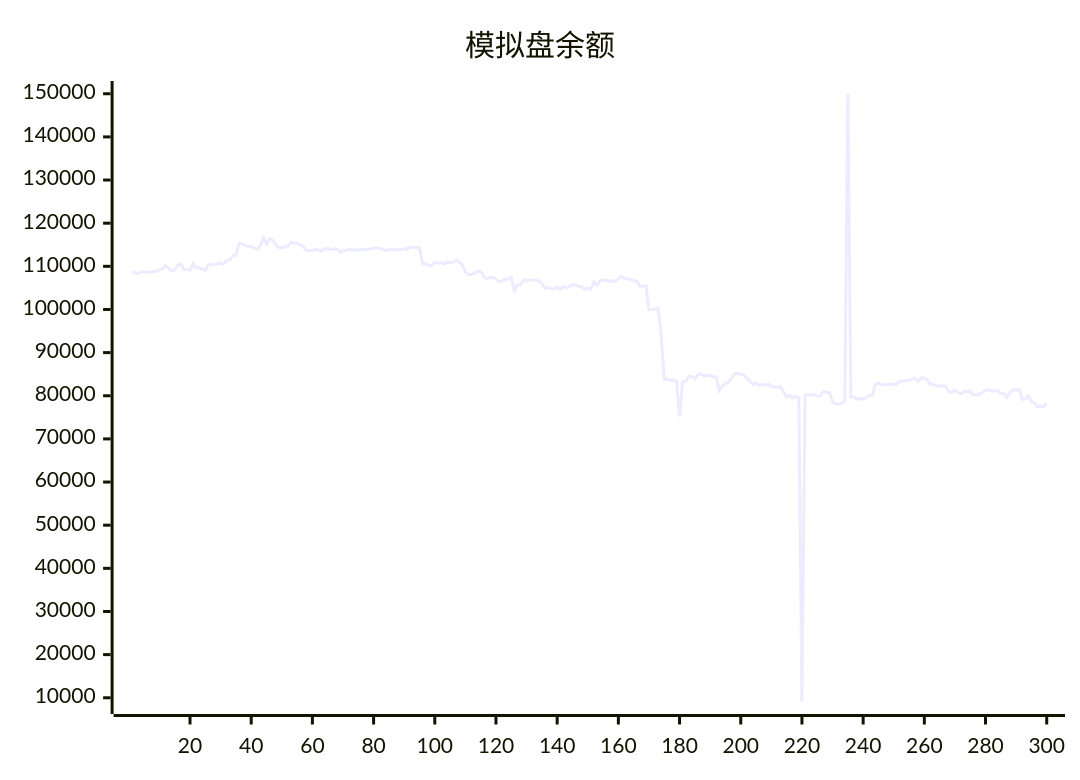
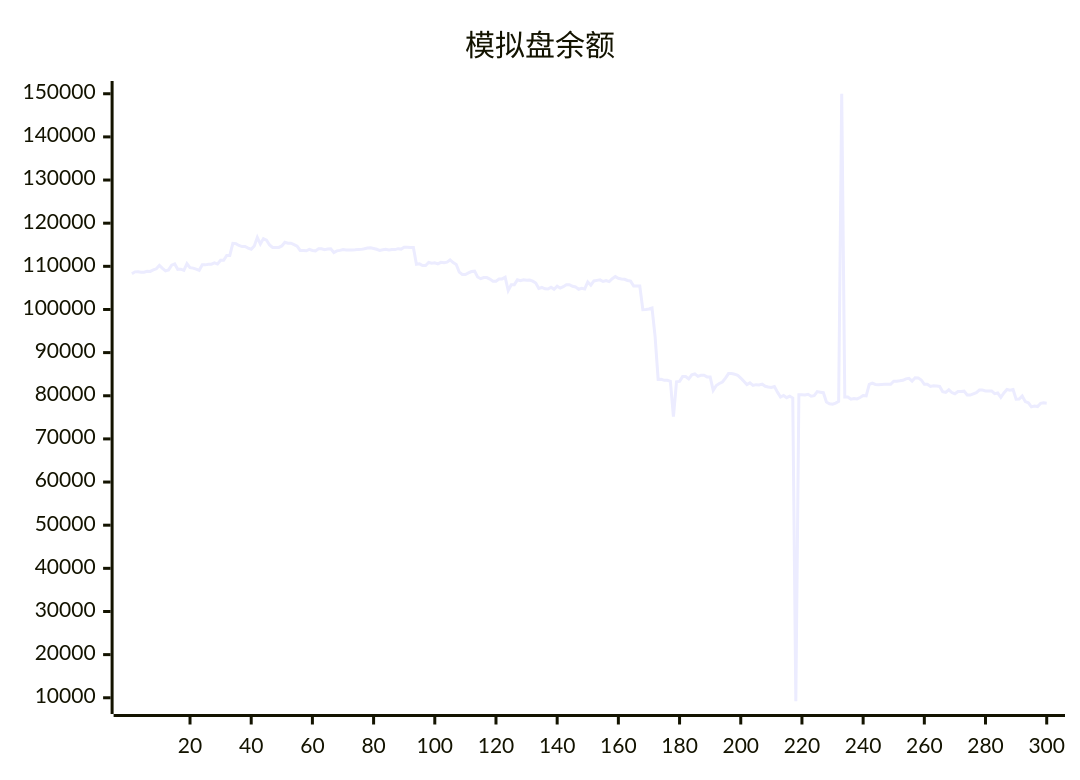
Before and after one commit to aahl/ai-trading: the diagram in README.md, drawn with Mermaid. The commit also changed other lines of this file and 1 other file, not shown here.

````diff
--- a/README.md
+++ b/README.md
@@ -5,5 +5,5 @@
 ```mermaid
 xychart
     title "模拟盘余额"
-    line [108648,108602,108262,108718,108752,108644,108644,108863,108823,109162,109419,110224,109539,108945,109172,110262,110546,109304,109343,109053,110606,109702,109584,109337,109071,110342,110342,110488,110488,110814,110531,111421,111421,112518,112522,115341,115266,114830,114584,114588,114231,113973,114726,116697,115160,116423,116083,114950,114365,114365,114388,114730,115582,115358,115358,115032,114686,113688,113688,113610,113930,113672,113585,114083,114074,113840,113996,114051,113208,113593,113701,113901,113794,113784,113810,113848,113927,113929,114064,114232,114293,114144,113960,113698,113853,113942,113812,113908,113877,114091,113998,114427,114422,114384,114384,110477,110576,110198,110198,110890,110712,110812,110569,110929,110847,110968,111478,110870,110433,108661,108116,108115,108485,108797,108877,107536,107134,107393,107393,107046,106565,106565,107081,107081,107478,104404,105715,105749,106866,106651,106889,106771,106816,106565,106141,104876,105103,104796,104734,105169,104690,105380,104941,105272,105709,105739,105374,105227,104691,104924,104762,106364,105628,106608,106748,106872,106485,106721,106468,107132,107620,107224,107080,107001,106717,106567,105431,105431,105440,99950,100017,100113,100337,93749,83795,83807,83567,83567,83342,75168,83222,83336,84448,84449,83896,84839,85065,84499,84757,84757,84364,84347,81254,82385,82835,83184,84099,85150,85150,85002,84751,84096,83356,82582,82983,82404,82572,82512,82688,82200,82047,81920,82125,80840,79688,80060,79552,79920,79470,9193,80236,80208,80170,80336,79894,80006,80954,80837,80712,78561,78139,78037,78293,78682,150000,79720,79720,79214,79372,79279,79591,80046,79993,82625,82950,82626,82571,82633,82670,82670,82681,83386,83378,83464,83579,83920,84037,83402,84160,84142,83652,82655,82655,82145,82315,82243,82163,80934,80770,81371,80742,80468,80989,80989,81067,80191,80155,80450,80737,81309,81309,81106,81119,81119,80471,80631,79624,80670,81448,81290,81429,79212,79222,79940,78643,78380,77432,77623,77504,78235]
+    line [108262,108718,108752,108644,108644,108863,108823,109162,109419,110224,109539,108945,109172,110262,110546,109304,109343,109053,110606,109702,109584,109337,109071,110342,110342,110488,110488,110814,110531,111421,111421,112518,112522,115341,115266,114830,114584,114588,114231,113973,114726,116697,115160,116423,116083,114950,114365,114365,114388,114730,115582,115358,115358,115032,114686,113688,113688,113610,113930,113672,113585,114083,114074,113840,113996,114051,113208,113593,113701,113901,113794,113784,113810,113848,113927,113929,114064,114232,114293,114144,113960,113698,113853,113942,113812,113908,113877,114091,113998,114427,114422,114384,114384,110477,110576,110198,110198,110890,110712,110812,110569,110929,110847,110968,111478,110870,110433,108661,108116,108115,108485,108797,108877,107536,107134,107393,107393,107046,106565,106565,107081,107081,107478,104404,105715,105749,106866,106651,106889,106771,106816,106565,106141,104876,105103,104796,104734,105169,104690,105380,104941,105272,105709,105739,105374,105227,104691,104924,104762,106364,105628,106608,106748,106872,106485,106721,106468,107132,107620,107224,107080,107001,106717,106567,105431,105431,105440,99950,100017,100113,100337,93749,83795,83807,83567,83567,83342,75168,83222,83336,84448,84449,83896,84839,85065,84499,84757,84757,84364,84347,81254,82385,82835,83184,84099,85150,85150,85002,84751,84096,83356,82582,82983,82404,82572,82512,82688,82200,82047,81920,82125,80840,79688,80060,79552,79920,79470,9193,80236,80208,80170,80336,79894,80006,80954,80837,80712,78561,78139,78037,78293,78682,150000,79720,79720,79214,79372,79279,79591,80046,79993,82625,82950,82626,82571,82633,82670,82670,82681,83386,83378,83464,83579,83920,84037,83402,84160,84142,83652,82655,82655,82145,82315,82243,82163,80934,80770,81371,80742,80468,80989,80989,81067,80191,80155,80450,80737,81309,81309,81106,81119,81119,80471,80631,79624,80670,81448,81290,81429,79212,79222,79940,78643,78380,77432,77623,77504,78235,78358,78284]
 ```
````
